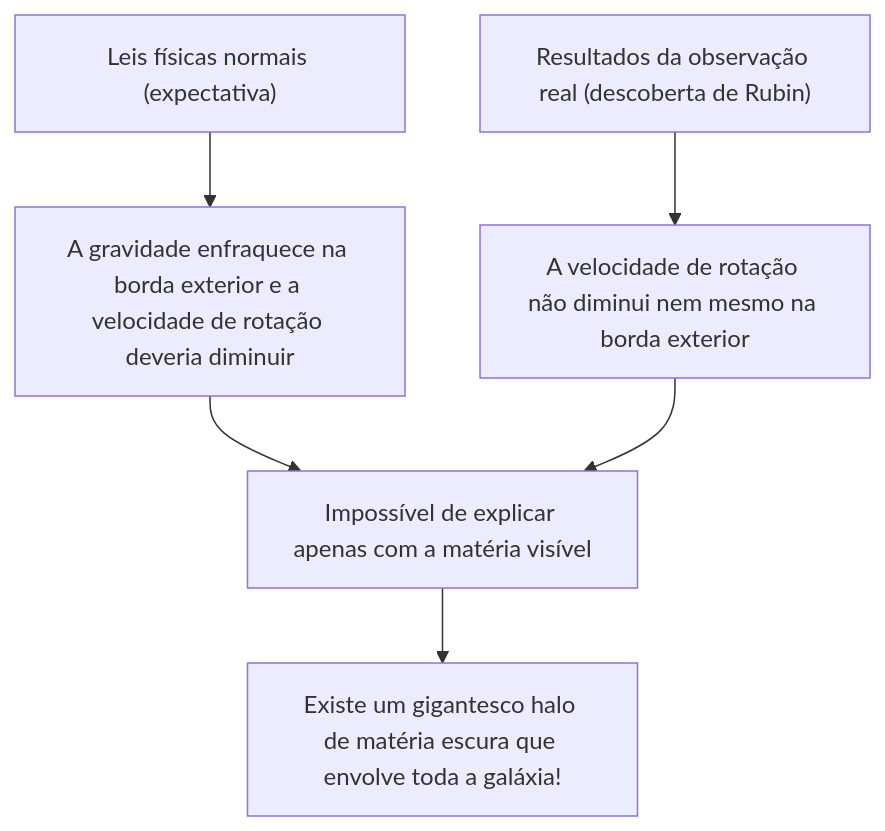
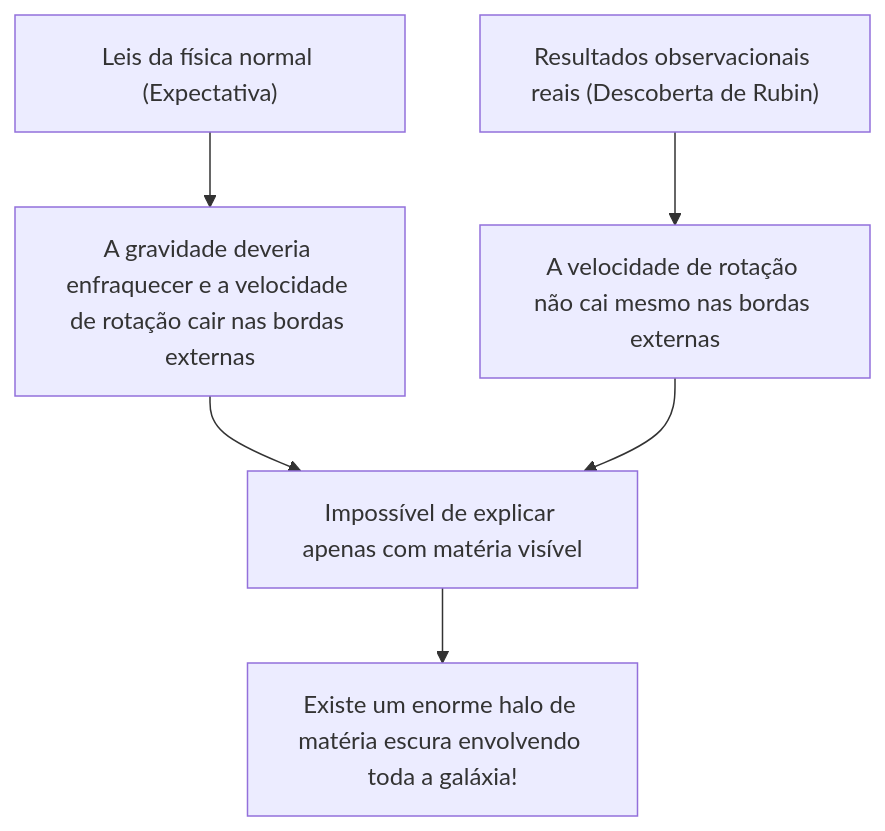
One commit to kenjinote/blog changed the first of 2 diagrams in content/post/dark-matter-dark-energy-mysteries/index.pt.md. Above: the diagram before and after it, drawn with Mermaid. The commit also changed other lines of this file and 12 other files, not shown here.

````diff
--- a/content/post/dark-matter-dark-energy-mysteries/index.pt.md
+++ b/content/post/dark-matter-dark-energy-mysteries/index.pt.md
@@ -31,8 +31,8 @@
 ```mermaid
 graph TD
-    A["Leis físicas normais (expectativa)"] --> B["A gravidade enfraquece na borda exterior e a velocidade de rotação deveria diminuir"]
-    C["Resultados da observação real (descoberta de Rubin)"] --> D["A velocidade de rotação não diminui nem mesmo na borda exterior"]
-    B --> E["Impossível de explicar apenas com a matéria visível"]
+    A["Leis da física normal (Expectativa)"] --> B["A gravidade deveria enfraquecer e a velocidade de rotação cair nas bordas externas"]
+    C["Resultados observacionais reais (Descoberta de Rubin)"] --> D["A velocidade de rotação não cai mesmo nas bordas externas"]
+    B --> E["Impossível de explicar apenas com matéria visível"]
     D --> E
-    E --> F["Existe um gigantesco halo de matéria escura que envolve toda a galáxia!"]
+    E --> F["Existe um enorme halo de matéria escura envolvendo toda a galáxia!"]
 ```
````
